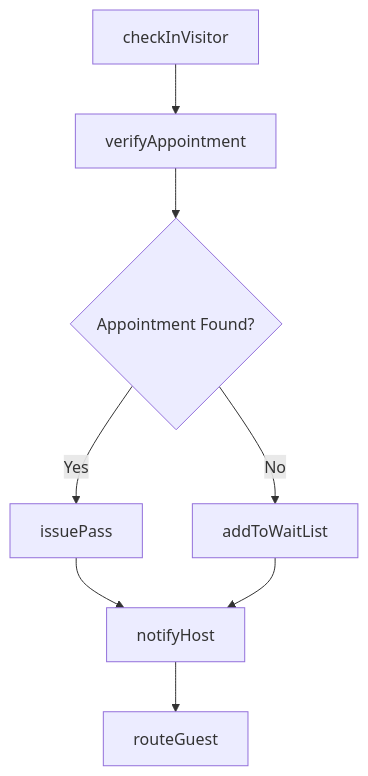
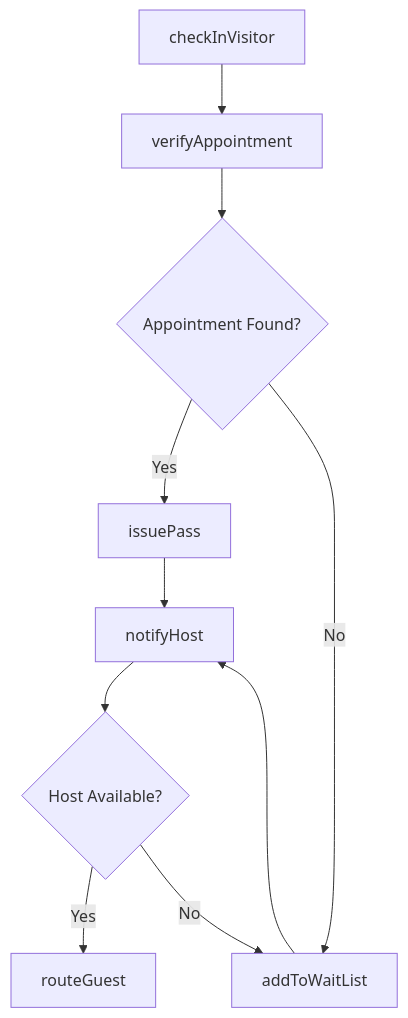
The third of 4 diagrams in AssistingAndCaringForOthers/ProvideGeneralAssistanceToOthersSuchAsCustomersPatronsOrMotorists/GreetCustomersPatronsVisitors.mdx (dot-org-ai/tasks.org.ai), drawn with Mermaid before and after one commit. The commit also changed other lines of this file and 504 other files, not shown here.

First line of the commit message:
feat: Add ER diagrams, state diagrams, and workflow improvements to 96 DWA task files

````diff
--- a/AssistingAndCaringForOthers/ProvideGeneralAssistanceToOthersSuchAsCustomersPatronsOrMotorists/GreetCustomersPatronsVisitors.mdx
+++ b/AssistingAndCaringForOthers/ProvideGeneralAssistanceToOthersSuchAsCustomersPatronsOrMotorists/GreetCustomersPatronsVisitors.mdx
@@ -84,10 +110,12 @@
 ```mermaid
 graph TD
     A[checkInVisitor] --> B[verifyAppointment]
     B --> C{Appointment Found?}
     C -->|Yes| D[issuePass]
     C -->|No| E[addToWaitList]
     D --> F[notifyHost]
-    F --> G[routeGuest]
     E --> F
+    F --> G{Host Available?}
+    G -->|Yes| H[routeGuest]
+    G -->|No| E
 ```
````
